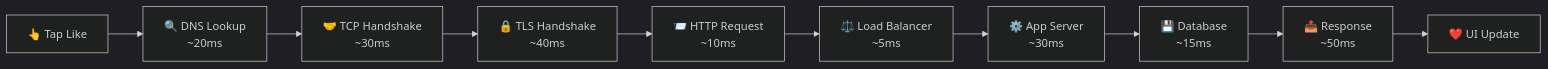
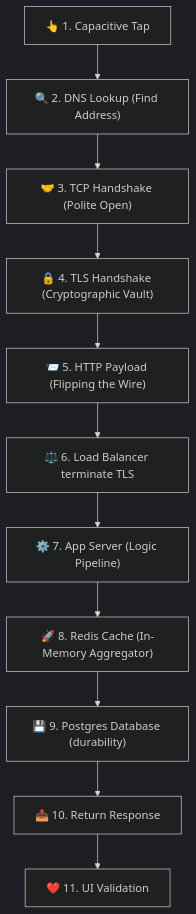
Before and after one commit to HarshitN87/Sriniously_backend_notes: the seventh of 7 diagrams in 01_How_Requests_Travel.md, drawn with Mermaid (dark theme). The commit also changed other lines of this file and 26 other files, not shown here.

````diff
--- a/01_How_Requests_Travel.md
+++ b/01_How_Requests_Travel.md
@@ -276,12 +524,14 @@
 ```mermaid
-flowchart LR
-    A["👆 Tap Like"] --> B["🔍 DNS Lookup<br/>~20ms"]
-    B --> C["🤝 TCP Handshake<br/>~30ms"]
-    C --> D["🔒 TLS Handshake<br/>~40ms"]
-    D --> E["📨 HTTP Request<br/>~10ms"]
-    E --> F["⚖️ Load Balancer<br/>~5ms"]
-    F --> G["⚙️ App Server<br/>~30ms"]
-    G --> H["💾 Database<br/>~15ms"]
-    H --> I["📤 Response<br/>~50ms"]
-    I --> J["❤️ UI Update"]
+flowchart TD
+    %% Symmetrical Architecture Flow
+    Tap["👆 1. Capacitive Tap"] --> DNS["🔍 2. DNS Lookup (Find Address)"]
+    DNS --> TCP["🤝 3. TCP Handshake (Polite Open)"]
+    TCP --> TLS["🔒 4. TLS Handshake (Cryptographic Vault)"]
+    TLS --> HTTP["📨 5. HTTP Payload (Flipping the Wire)"]
+    HTTP --> LB["⚖️ 6. Load Balancer terminate TLS"]
+    LB --> App["⚙️ 7. App Server (Logic Pipeline)"]
+    App --> Redis["🚀 8. Redis Cache (In-Memory Aggregator)"]
+    Redis --> Postgres["💾 9. Postgres Database (durability)"]
+    Postgres --> Resp["📤 10. Return Response"]
+    Resp --> UI["❤️ 11. UI Validation"]
 ```
````
